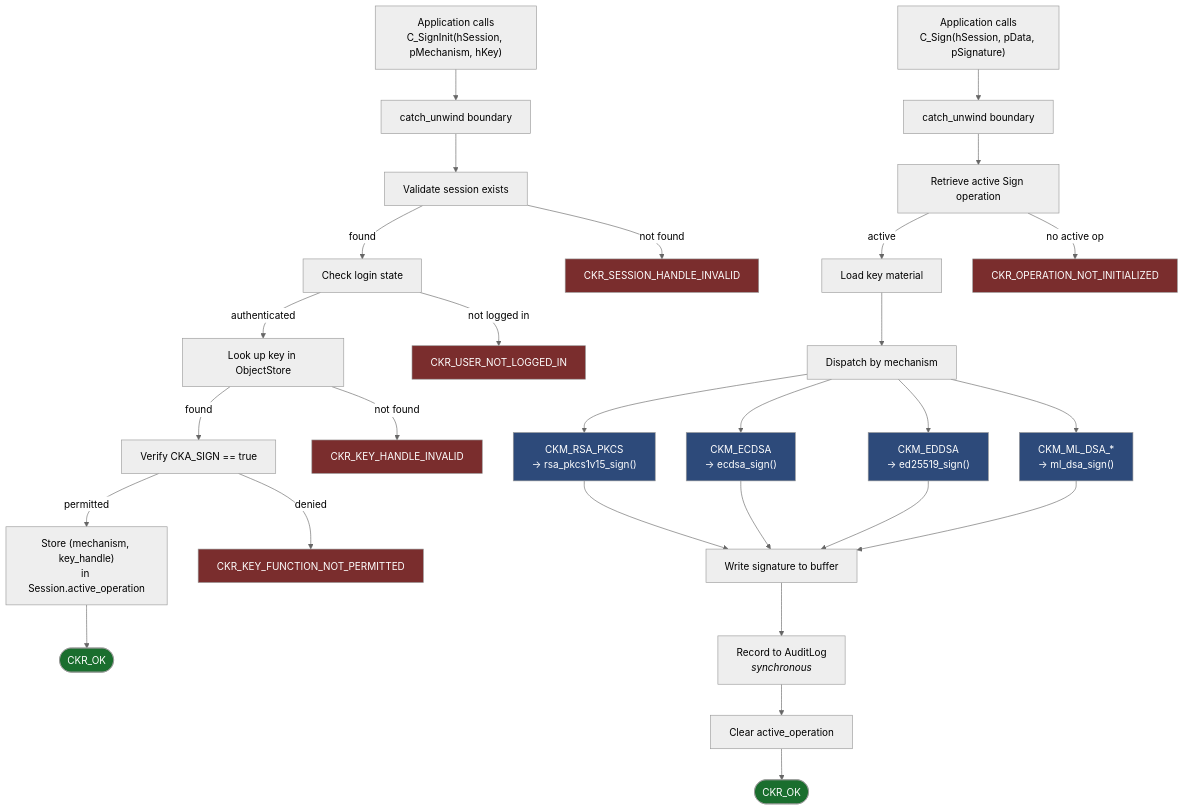
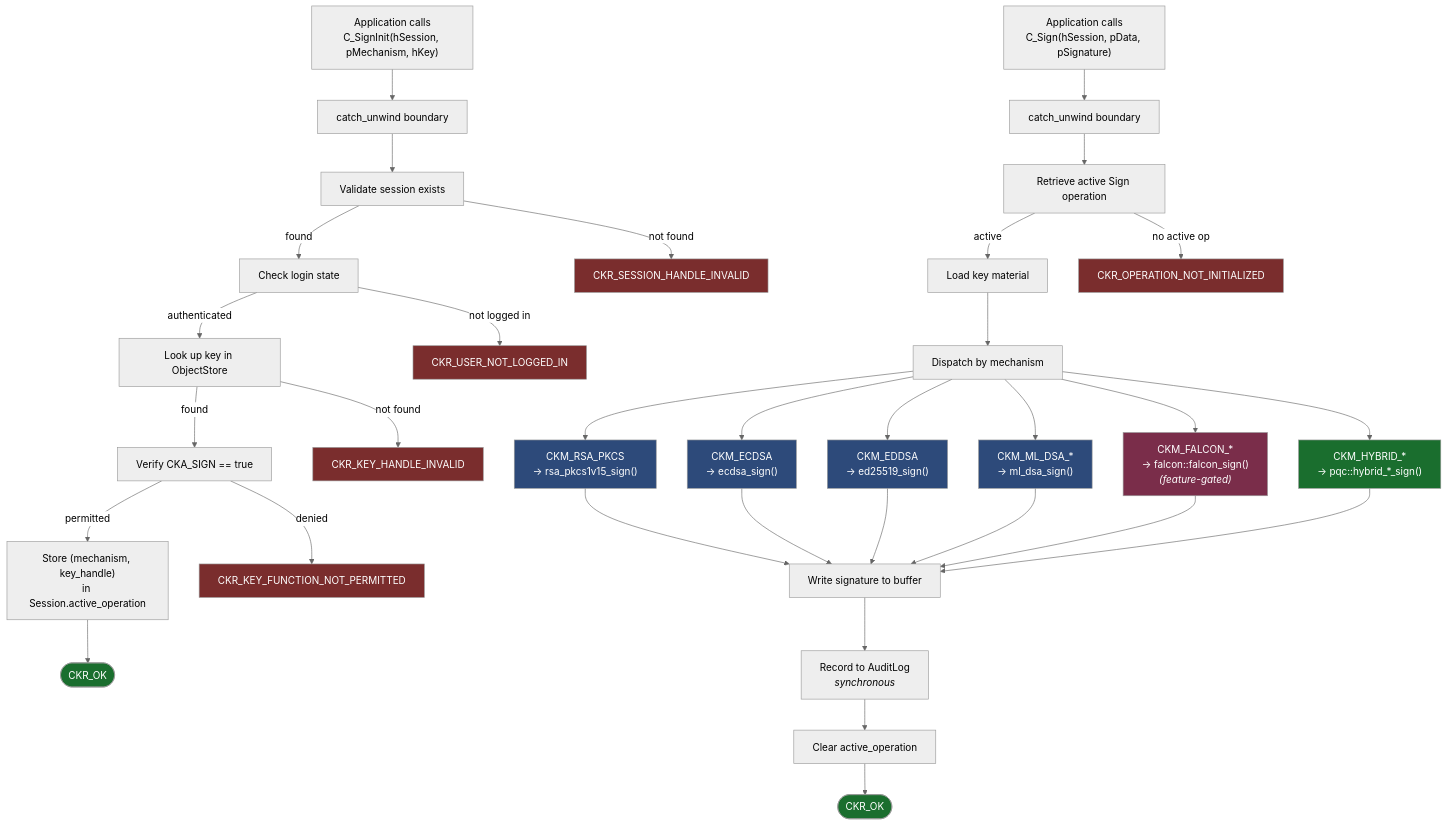
One commit to sonoransun/multicraton-hsm-testnet changed the fifth of 9 diagrams in docs/architecture.md. Above: the diagram before and after it, drawn with Mermaid (neutral theme). The commit also changed other lines of this file and 23 other files, not shown here.

````diff
--- a/docs/architecture.md
+++ b/docs/architecture.md
@@ -245,48 +298,55 @@
 ```mermaid
 flowchart TD
     APP1["Application calls<br/>C_SignInit(hSession, pMechanism, hKey)"]
     CU1["catch_unwind boundary"]
     VS["Validate session exists"]
     VL["Check login state"]
     LK["Look up key in ObjectStore"]
     VCS["Verify CKA_SIGN == true"]
     STORE["Store (mechanism, key_handle)<br/>in Session.active_operation"]
     OK1(["CKR_OK"])
 
     APP1 --> CU1 --> VS
     VS -->|not found| E1["CKR_SESSION_HANDLE_INVALID"]
     VS -->|found| VL
     VL -->|not logged in| E2["CKR_USER_NOT_LOGGED_IN"]
     VL -->|authenticated| LK
     LK -->|not found| E3["CKR_KEY_HANDLE_INVALID"]
     LK -->|found| VCS
     VCS -->|denied| E4["CKR_KEY_FUNCTION_NOT_PERMITTED"]
     VCS -->|permitted| STORE --> OK1
 
     APP2["Application calls<br/>C_Sign(hSession, pData, pSignature)"]
     CU2["catch_unwind boundary"]
     ROP["Retrieve active Sign operation"]
     LOAD["Load key material"]
     DISP["Dispatch by mechanism"]
     RSA["CKM_RSA_PKCS<br/>→ rsa_pkcs1v15_sign()"]
     EC["CKM_ECDSA<br/>→ ecdsa_sign()"]
     ED["CKM_EDDSA<br/>→ ed25519_sign()"]
     PQC["CKM_ML_DSA_*<br/>→ ml_dsa_sign()"]
     WRITE["Write signature to buffer"]
     ADTL["Record to AuditLog<br/><i>synchronous</i>"]
     CLR["Clear active_operation"]
     OK2(["CKR_OK"])
 
     APP2 --> CU2 --> ROP
     ROP -->|no active op| E5["CKR_OPERATION_NOT_INITIALIZED"]
     ROP -->|active| LOAD --> DISP
-    DISP --> RSA & EC & ED & PQC
-    RSA & EC & ED & PQC --> WRITE --> ADTL --> CLR --> OK2
+    DISP --> RSA & EC & ED & PQC & FAL & HYB
+    RSA & EC & ED & PQC & FAL & HYB --> WRITE --> ADTL --> CLR --> OK2
+
+    FAL["CKM_FALCON_*<br/>→ falcon::falcon_sign()<br/><i>(feature-gated)</i>"]
+    HYB["CKM_HYBRID_*<br/>→ pqc::hybrid_*_sign()"]
 
     classDef error fill:#7a2d2d,color:#fff
     classDef success fill:#1a6e2e,color:#fff
     classDef crypto fill:#2d4a7a,color:#fff
+    classDef ffi fill:#7a2d4a,color:#fff
+    classDef hybrid fill:#1a6e2e,color:#fff
     class E1,E2,E3,E4,E5 error
     class OK1,OK2 success
     class RSA,EC,ED,PQC crypto
+    class FAL ffi
+    class HYB hybrid
 ```
````
